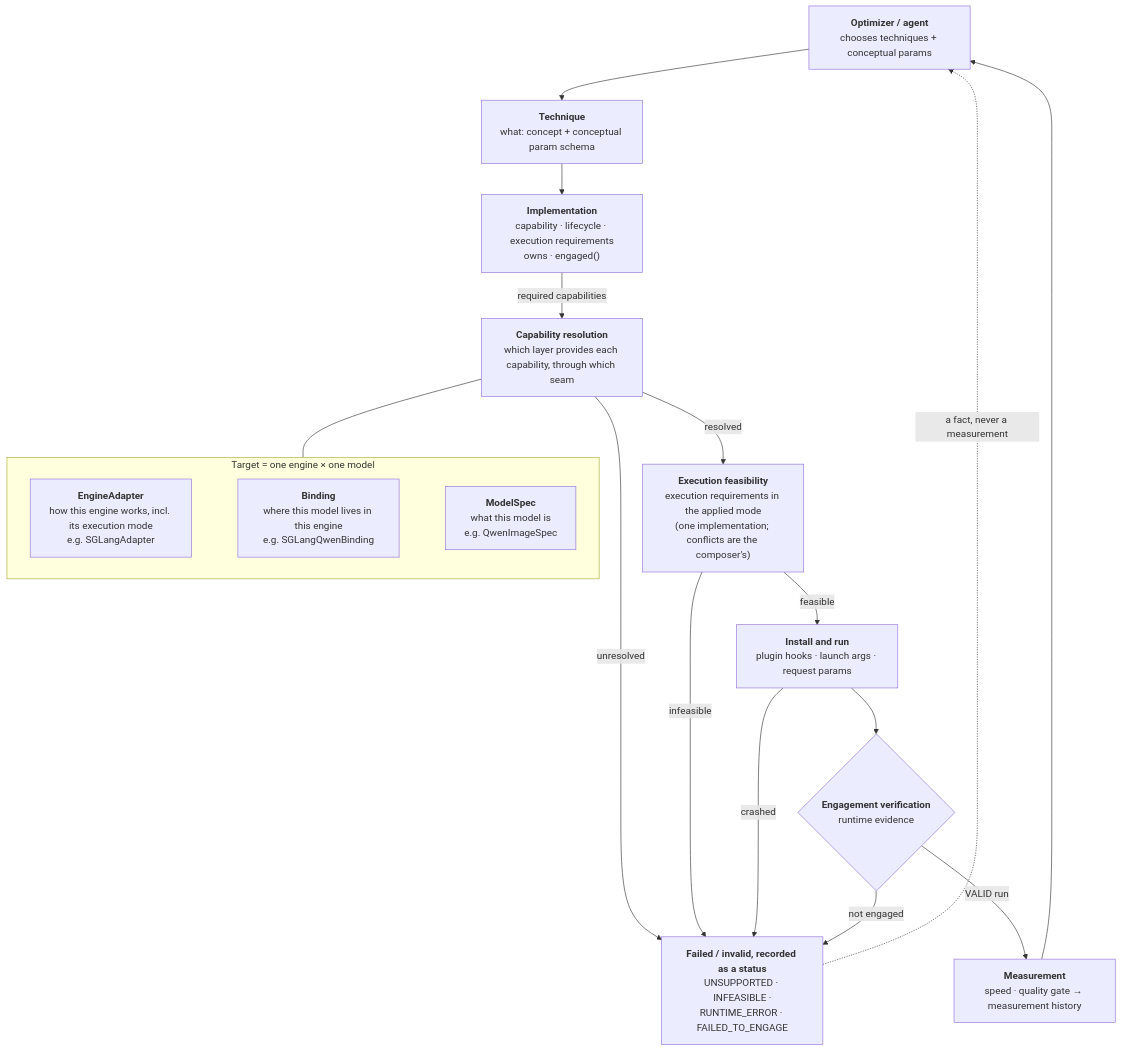
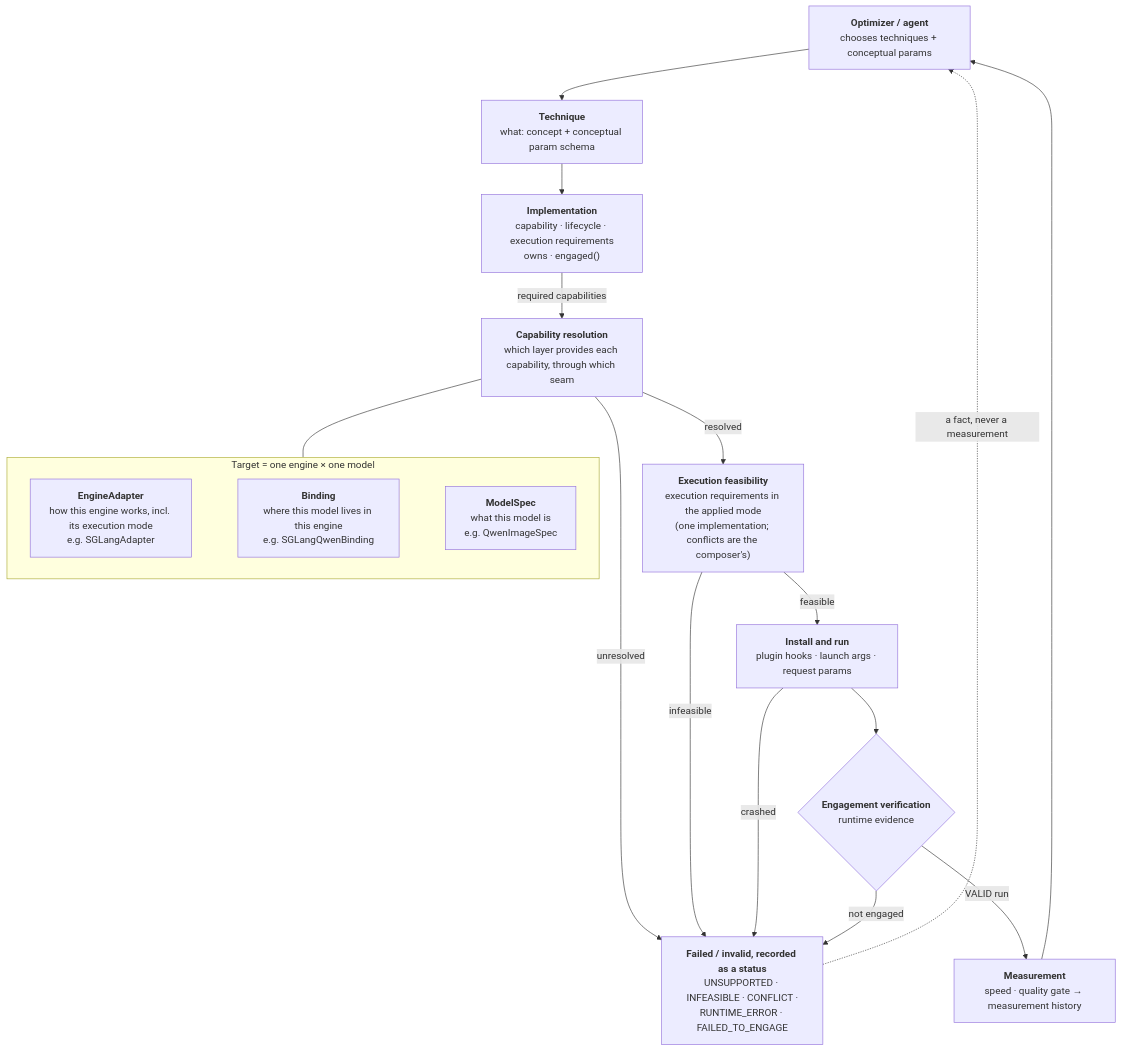
Before and after one commit to fractalyze/optimizer: the diagram in docs/architecture.md, drawn with Mermaid. The commit also changed other lines of this file and 4 other files, not shown here.

First line of the commit message:
docs(adr): record the composer and the conflict status in ADR 0020

````diff
--- a/docs/architecture.md
+++ b/docs/architecture.md
@@ -50,29 +51,29 @@
 ```mermaid
 flowchart TB
     OPT["<b>Optimizer / agent</b><br/>chooses techniques + conceptual params"]
     TEC["<b>Technique</b><br/>what: concept + conceptual param schema"]
     IMP["<b>Implementation</b><br/>capability · lifecycle · execution requirements<br/>owns · engaged()"]
     RES["<b>Capability resolution</b><br/>which layer provides each capability, through which seam"]
     subgraph TGT["Target = one engine × one model"]
         EA["<b>EngineAdapter</b><br/>how this engine works, incl. its execution mode<br/>e.g. SGLangAdapter"]
         BD["<b>Binding</b><br/>where this model lives in this engine<br/>e.g. SGLangQwenBinding"]
         MS["<b>ModelSpec</b><br/>what this model is<br/>e.g. QwenImageSpec"]
         EA ~~~ BD ~~~ MS
     end
     FEAS["<b>Execution feasibility</b><br/>execution requirements in the applied mode<br/>(one implementation; conflicts are the composer's)"]
     RUN["<b>Install and run</b><br/>plugin hooks · launch args · request params"]
     ENG{"<b>Engagement verification</b><br/>runtime evidence"}
     MEAS["<b>Measurement</b><br/>speed · quality gate → measurement history"]
-    BAD["<b>Failed / invalid, recorded as a status</b><br/>UNSUPPORTED · INFEASIBLE ·<br/>RUNTIME_ERROR · FAILED_TO_ENGAGE"]
+    BAD["<b>Failed / invalid, recorded as a status</b><br/>UNSUPPORTED · INFEASIBLE · CONFLICT ·<br/>RUNTIME_ERROR · FAILED_TO_ENGAGE"]
 
     OPT --> TEC --> IMP -- "required capabilities" --> RES
     RES --- TGT
     RES -- resolved --> FEAS
     FEAS -- feasible --> RUN --> ENG
     ENG -- "VALID run" --> MEAS --> OPT
     RES -- unresolved --> BAD
     FEAS -- infeasible --> BAD
     RUN -- crashed --> BAD
     ENG -- "not engaged" --> BAD
     BAD -. "a fact, never a measurement" .-> OPT
 ```
````
